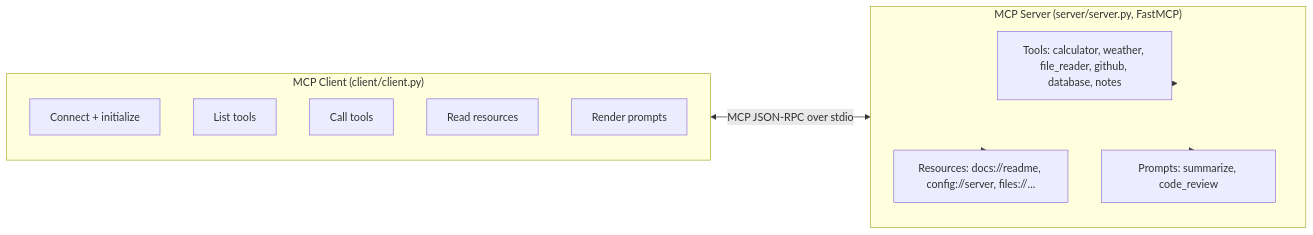
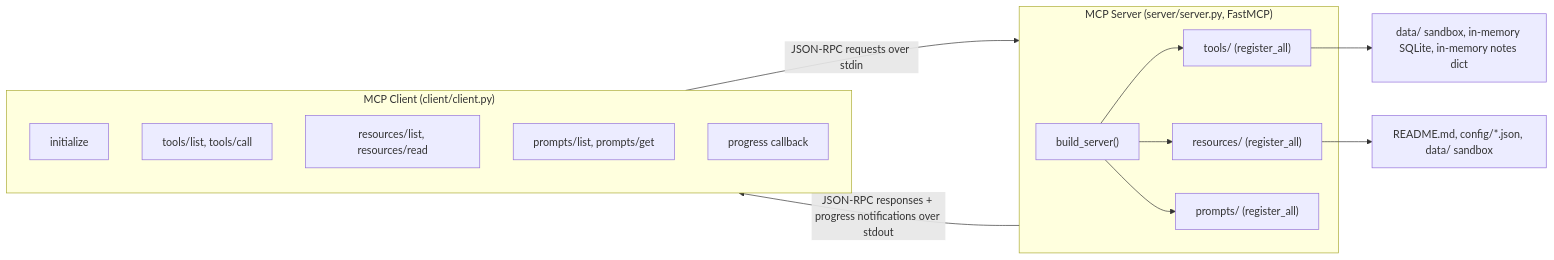
The diagram in README.md (ranjan-del/mcp-server-client), drawn with Mermaid before and after one commit. The commit also changed other lines of this file and 3 other files, not shown here.

````diff
--- a/README.md
+++ b/README.md
@@ -20,22 +31,26 @@
 ```mermaid
 flowchart LR
-    subgraph Client["MCP Client (client/client.py)"]
-        C1[Connect + initialize]
-        C2[List tools]
-        C3[Call tools]
-        C4[Read resources]
-        C5[Render prompts]
+    subgraph C["MCP Client (client/client.py)"]
+        C1["initialize"]
+        C2["tools/list, tools/call"]
+        C3["resources/list, resources/read"]
+        C4["prompts/list, prompts/get"]
+        C5["progress callback"]
     end
 
-    subgraph Server["MCP Server (server/server.py, FastMCP)"]
-        direction TB
-        T[Tools: calculator, weather, file_reader, github, database, notes]
-        R[Resources: docs://readme, config://server, files://...]
-        P[Prompts: summarize, code_review]
+    subgraph S["MCP Server (server/server.py, FastMCP)"]
+        REG["build_server()"]
+        T["tools/ (register_all)"]
+        R["resources/ (register_all)"]
+        P["prompts/ (register_all)"]
+        REG --> T
+        REG --> R
+        REG --> P
     end
 
-    Client <-->|MCP JSON-RPC over stdio| Server
-    Server --> T
-    Server --> R
-    Server --> P
+    C -->|"JSON-RPC requests over stdin"| S
+    S -->|"JSON-RPC responses + progress notifications over stdout"| C
+
+    T --> DATA["data/ sandbox, in-memory SQLite, in-memory notes dict"]
+    R --> FILES["README.md, config/*.json, data/ sandbox"]
 ```
````
